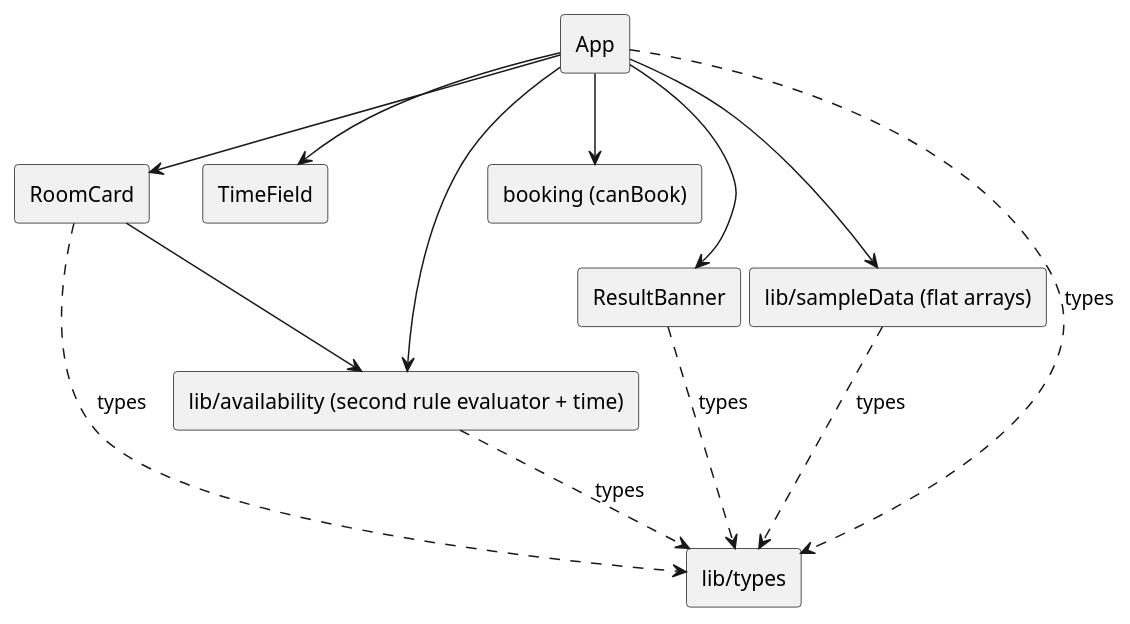
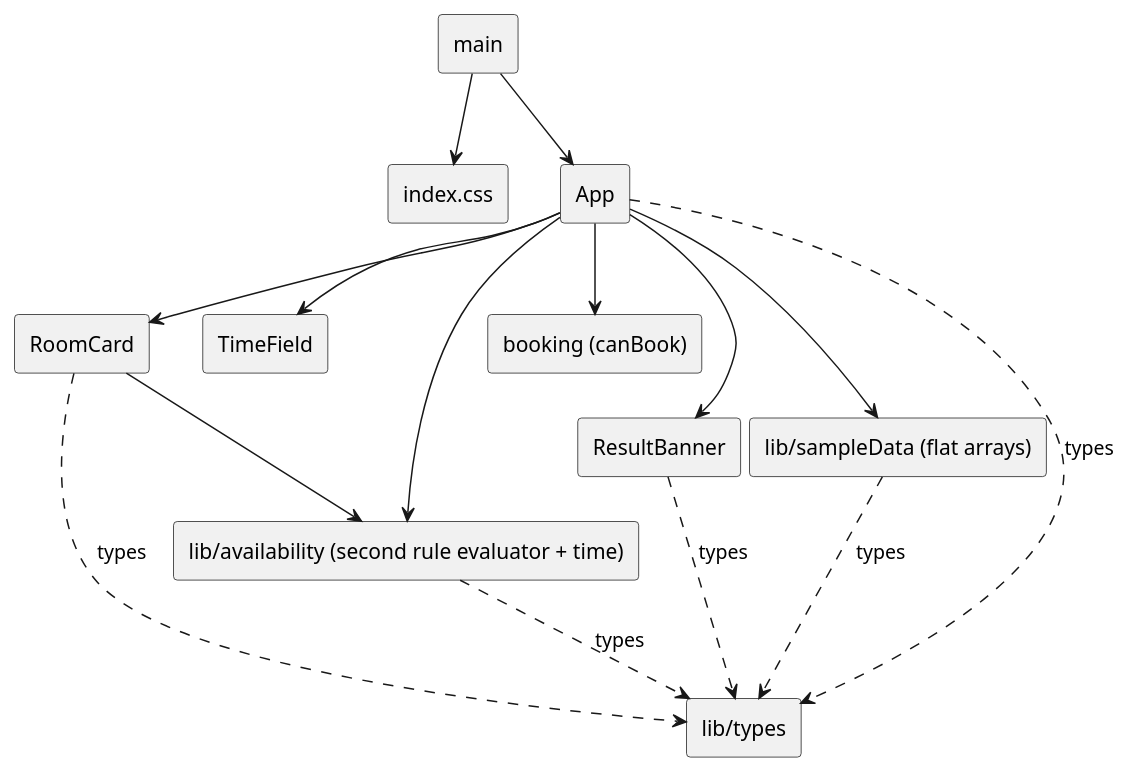
One commit to keshuba1ev/se-practice changed the diagram in sis-04/diagrams/before.puml. Above: the diagram before and after it, drawn with PlantUML. The commit also changed 16 other files, not shown here.

```diff
--- a/sis-04/diagrams/before.puml
+++ b/sis-04/diagrams/before.puml
@@ -1,23 +1,27 @@
 @startuml
 skinparam componentStyle rectangle
+component main
+component "index.css" as Styles
 component App
+main --> App
+main --> Styles
 component RoomCard
 component TimeField
 component ResultBanner
 component "booking (canBook)" as Booking
 component "lib/availability (second rule evaluator + time)" as Availability
 component "lib/sampleData (flat arrays)" as Data
 component "lib/types" as Types
 App --> Booking
 App --> Availability
 App --> Data
 App --> RoomCard
 App --> TimeField
 App --> ResultBanner
 App ..> Types : types
 RoomCard --> Availability
 RoomCard ..> Types : types
 ResultBanner ..> Types : types
 Availability ..> Types : types
 Data ..> Types : types
 @enduml
```
